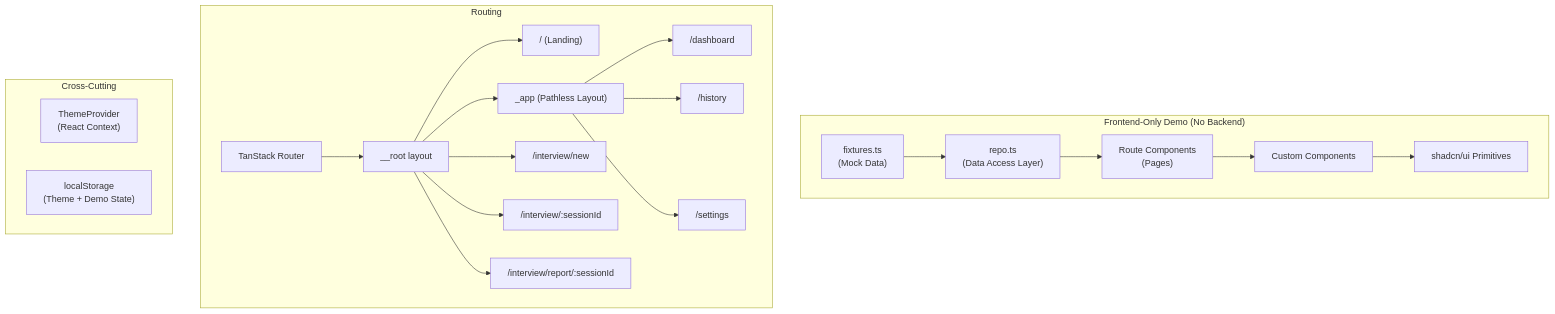
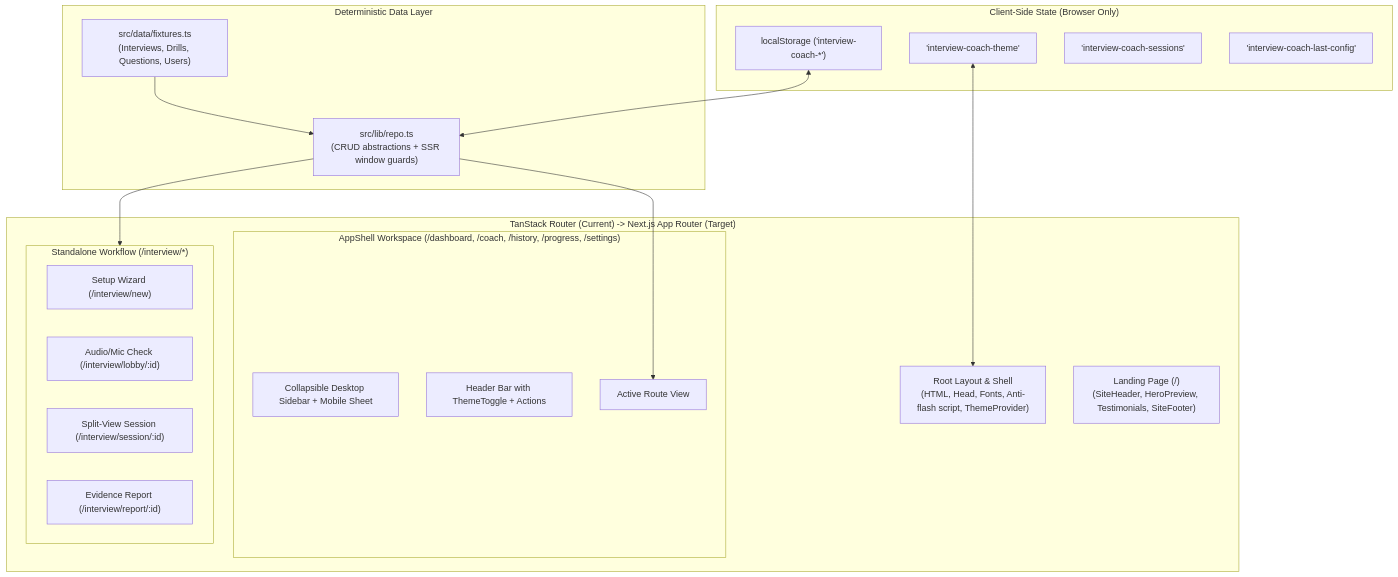
One commit to shubhamax7/MockMate changed the first of 3 diagrams in docs/migration-report.md. Above: the diagram before and after it, drawn with Mermaid. The commit also changed other lines of this file and 90 other files, not shown here.

First line of the commit message:
feat: migrate MockMate from TanStack Start to Next.js App Router

````diff
--- a/docs/migration-report.md
+++ b/docs/migration-report.md
@@ -27,24 +31,38 @@
 ```mermaid
 flowchart TD
-    subgraph "Frontend-Only Demo (No Backend)"
-        A["fixtures.ts\n(Mock Data)"] --> B["repo.ts\n(Data Access Layer)"]
-        B --> C["Route Components\n(Pages)"]
-        C --> D["Custom Components"]
-        D --> E["shadcn/ui Primitives"]
+    subgraph BrowserStorage["Client-Side State (Browser Only)"]
+        LS["localStorage ('interview-coach-*')"]
+        ThemeStore["'interview-coach-theme'"]
+        SessionStore["'interview-coach-sessions'"]
+        ConfigStore["'interview-coach-last-config'"]
     end
-    subgraph "Routing"
-        F["TanStack Router"] --> G["__root layout"]
-        G --> H["/ (Landing)"]
-        G --> I["_app (Pathless Layout)"]
-        I --> J["/dashboard"]
-        I --> K["/history"]
-        I --> L["/settings"]
-        G --> M["/interview/new"]
-        G --> N["/interview/:sessionId"]
-        G --> O["/interview/report/:sessionId"]
+
+    subgraph DataLayer["Deterministic Data Layer"]
+        Fixtures["src/data/fixtures.ts\n(Interviews, Drills, Questions, Users)"]
+        Repo["src/lib/repo.ts\n(CRUD abstractions + SSR window guards)"]
     end
-    subgraph "Cross-Cutting"
-        P["ThemeProvider\n(React Context)"]
-        Q["localStorage\n(Theme + Demo State)"]
+
+    subgraph RoutingCore["TanStack Router (Current) -> Next.js App Router (Target)"]
+        RootShell["Root Layout & Shell\n(HTML, Head, Fonts, Anti-flash script, ThemeProvider)"]
+        LandingRoute["Landing Page (/)\n(SiteHeader, HeroPreview, Testimonials, SiteFooter)"]
+        
+        subgraph AppShellArea["AppShell Workspace (/dashboard, /coach, /history, /progress, /settings)"]
+            SidebarNav["Collapsible Desktop Sidebar + Mobile Sheet"]
+            TopBar["Header Bar with ThemeToggle + Actions"]
+            PageContent["Active Route View"]
+        end
+
+        subgraph InterviewWorkflow["Standalone Workflow (/interview/*)"]
+            Wizard["Setup Wizard (/interview/new)"]
+            Lobby["Audio/Mic Check (/interview/lobby/:id)"]
+            LiveSession["Split-View Session (/interview/session/:id)"]
+            Report["Evidence Report (/interview/report/:id)"]
+        end
     end
+
+    Fixtures --> Repo
+    LS <--> Repo
+    ThemeStore <--> RootShell
+    Repo --> PageContent
+    Repo --> InterviewWorkflow
 ```
````
